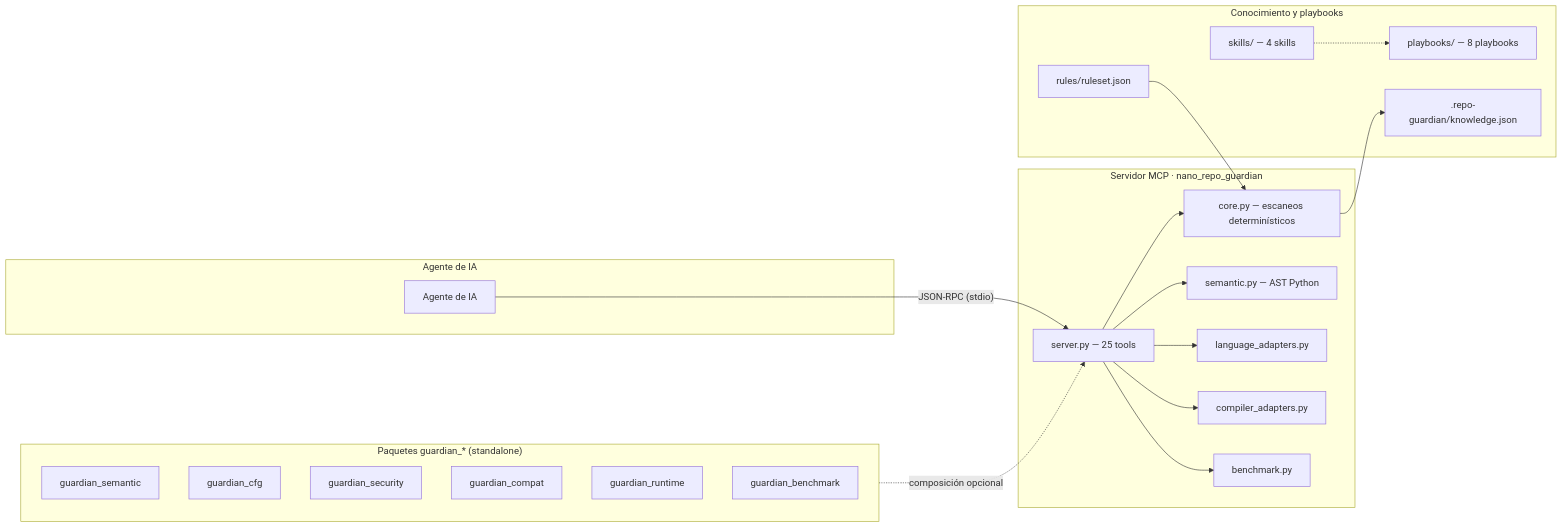
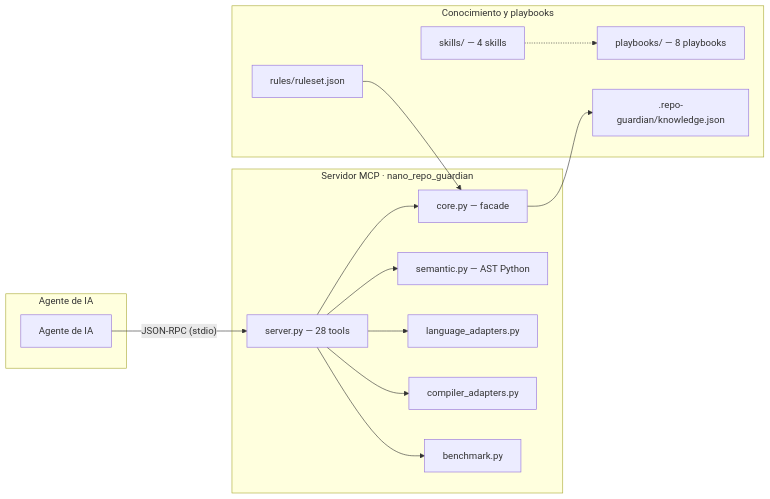
Before and after one commit to emmahiguita/universal-repo-guardian: the first of 3 diagrams in README.md, drawn with Mermaid. The commit also changed other lines of this file and 31 other files, not shown here.

First line of the commit message:
refactor: consolidar paquetes guardian_* duplicados en nano_repo_guardian

````diff
--- a/README.md
+++ b/README.md
@@ -43,39 +43,30 @@
 ```mermaid
 flowchart LR
     subgraph Agente["Agente de IA"]
         AG["Agente de IA"]
     end
     subgraph MCP["Servidor MCP · nano_repo_guardian"]
-        SRV["server.py — 25 tools"]
-        CORE["core.py — escaneos determinísticos"]
+        SRV["server.py — 28 tools"]
+        CORE["core.py — facade"]
         SEM["semantic.py — AST Python"]
         LANG["language_adapters.py"]
         COMP["compiler_adapters.py"]
         BENCH["benchmark.py"]
-    end
-    subgraph PKG["Paquetes guardian_* (standalone)"]
-        GS["guardian_semantic"]
-        GC["guardian_cfg"]
-        GSE["guardian_security"]
-        GCO["guardian_compat"]
-        GR["guardian_runtime"]
-        GB["guardian_benchmark"]
     end
     subgraph CON["Conocimiento y playbooks"]
         SK["skills/ — 4 skills"]
         PB["playbooks/ — 8 playbooks"]
         RL["rules/ruleset.json"]
         KB[".repo-guardian/knowledge.json"]
     end
 
     AG -->|"JSON-RPC (stdio)"| SRV
     SRV --> CORE
     SRV --> SEM
     SRV --> LANG
     SRV --> COMP
     SRV --> BENCH
     CORE --> KB
     RL --> CORE
     SK -.-> PB
-    PKG -.->|"composición opcional"| SRV
 ```
````
